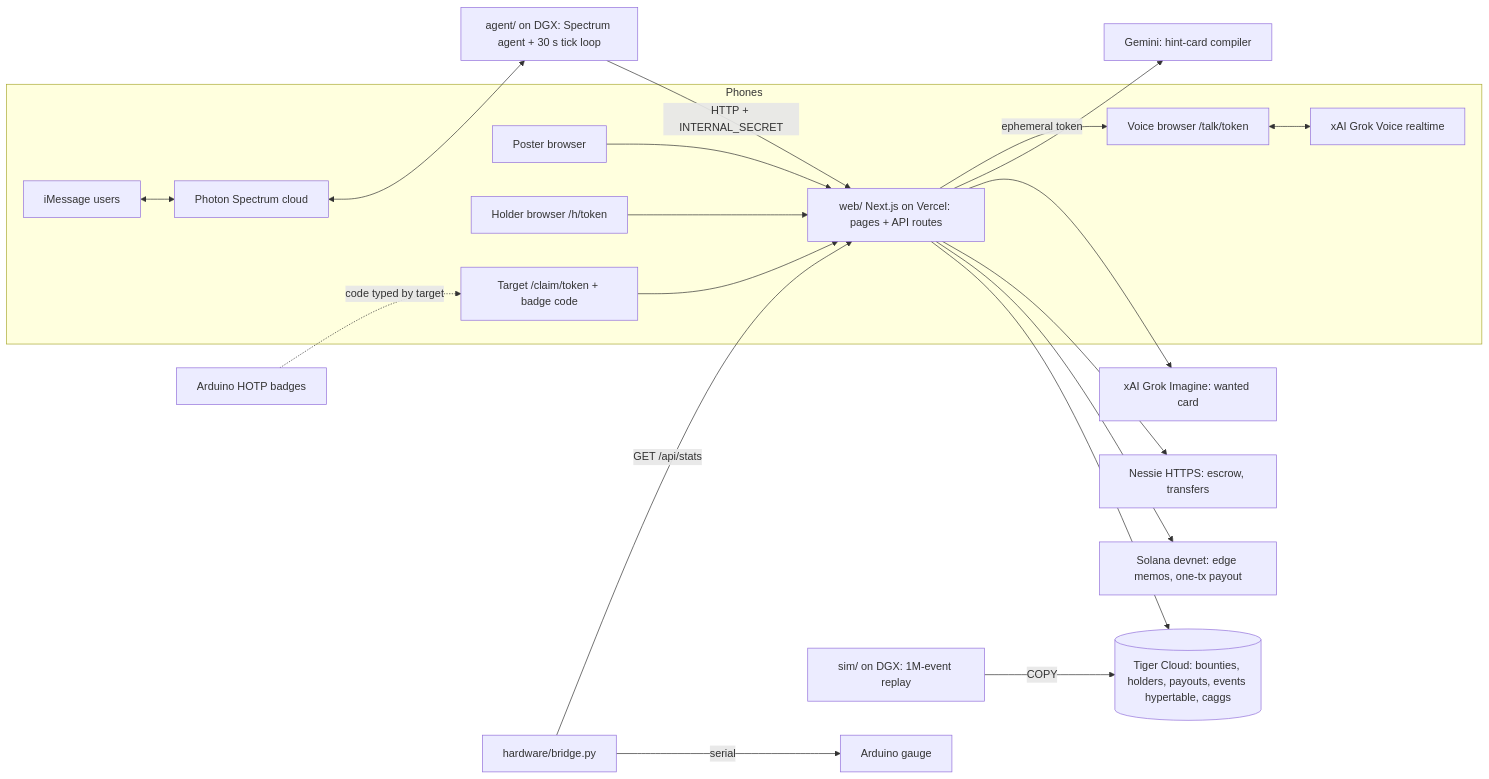
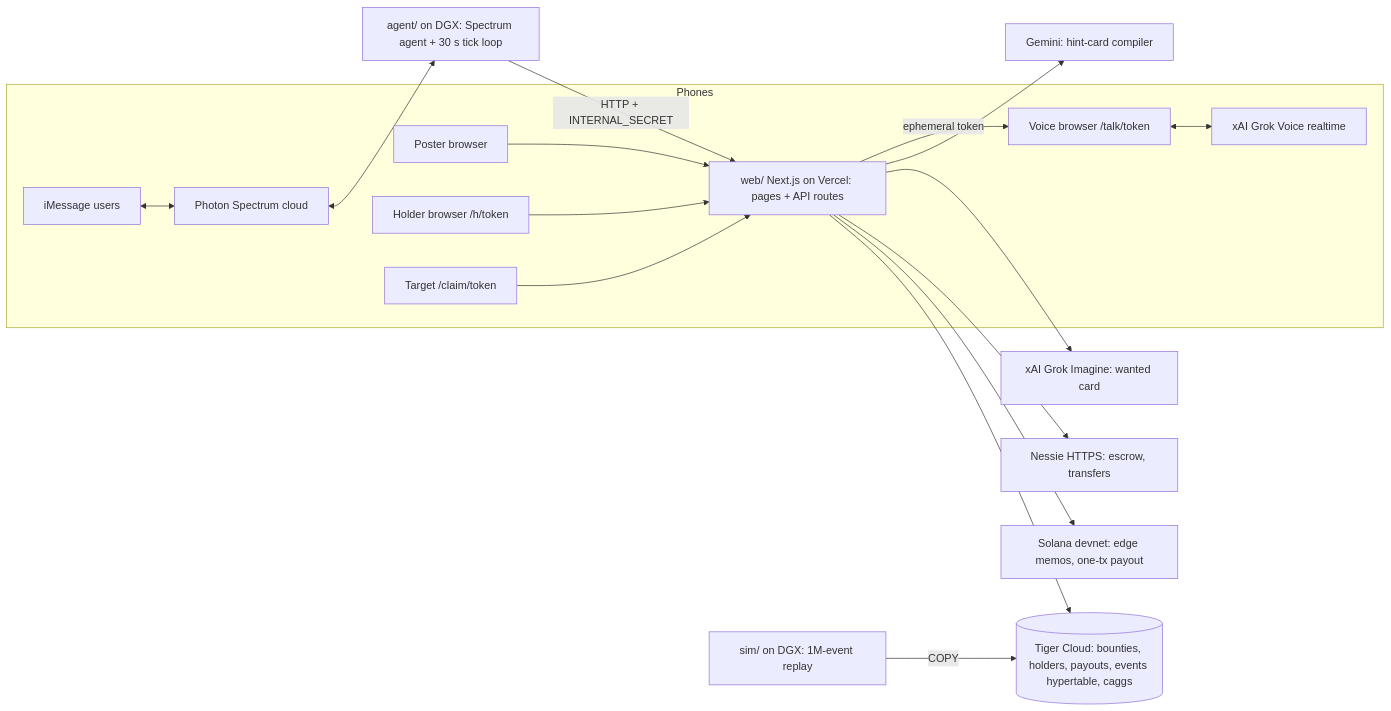
Before and after one commit to sahas-goli/BRH26: the diagram in PLAN.md, drawn with Mermaid. The commit also changed other lines of this file and 2 other files, not shown here.

````diff
--- a/PLAN.md
+++ b/PLAN.md
@@ -50,22 +49,19 @@
 ```mermaid
 flowchart LR
   subgraph Phones
     P[Poster browser] --> W
     H[Holder browser /h/token] --> W
-    T[Target /claim/token + badge code] --> W
+    T[Target /claim/token] --> W
     IM[iMessage users] <--> PH[Photon Spectrum cloud]
     V[Voice browser /talk/token] <--> XV[xAI Grok Voice realtime]
   end
   PH <--> AG[agent/ on DGX: Spectrum agent + 30 s tick loop]
   AG -->|HTTP + INTERNAL_SECRET| W[web/ Next.js on Vercel: pages + API routes]
   W --> DB[(Tiger Cloud: bounties, holders, payouts, events hypertable, caggs)]
   W --> SOL[Solana devnet: edge memos, one-tx payout]
   W --> NE[Nessie HTTPS: escrow, transfers]
   W --> XI[xAI Grok Imagine: wanted card]
   W --> GM[Gemini: hint-card compiler]
   W -->|ephemeral token| V
   SIM[sim/ on DGX: 1M-event replay] -->|COPY| DB
-  BR[hardware/bridge.py] -->|GET /api/stats| W
-  BR -->|serial| GA[Arduino gauge]
-  BD[Arduino HOTP badges] -.code typed by target.-> T
 ```
````
